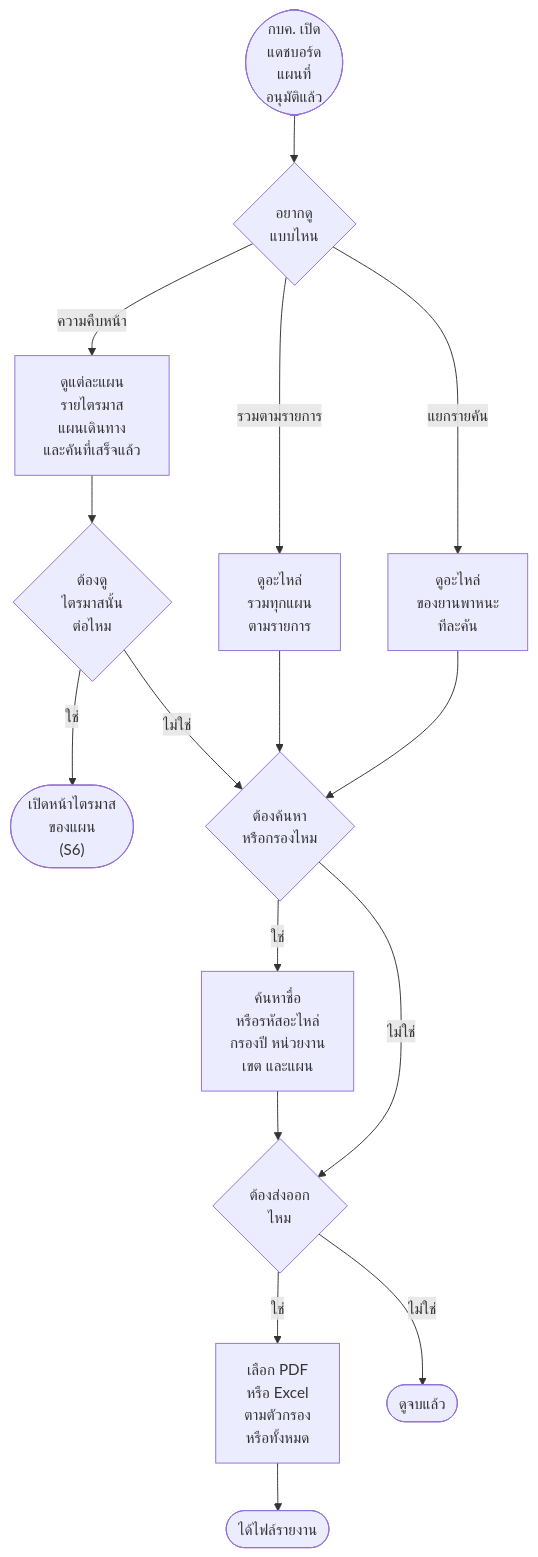
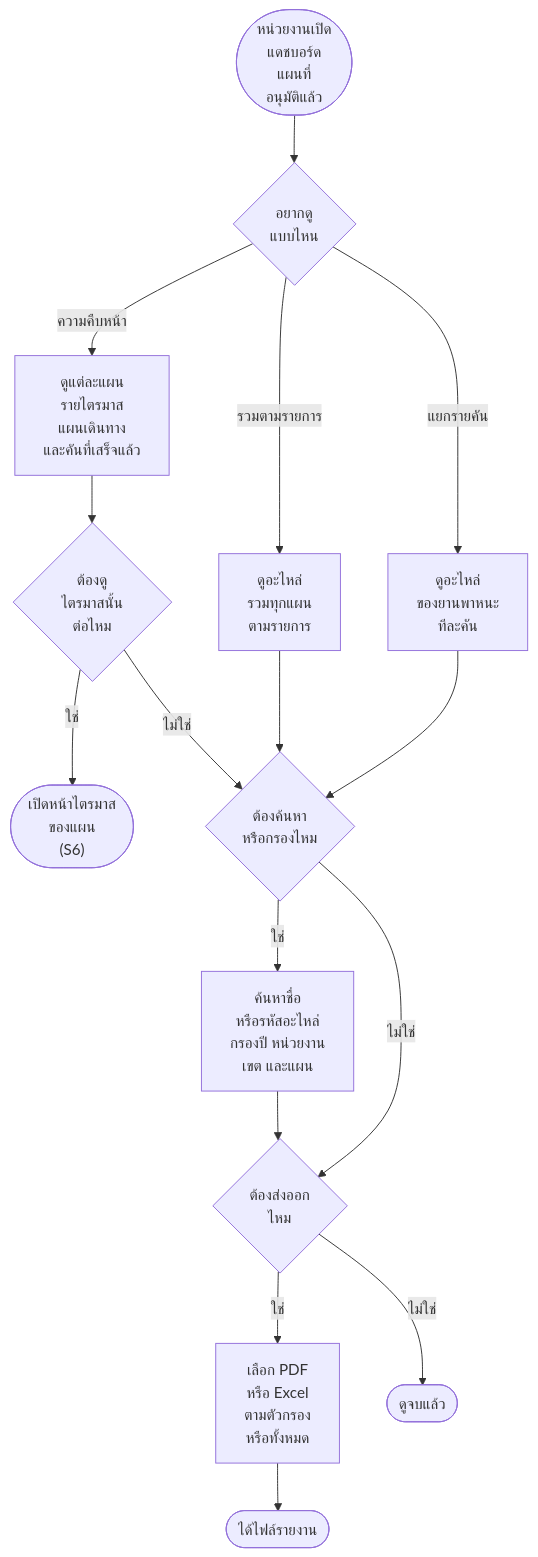
The sixth of 20 diagrams in Diagram/01-บำรุงรักษาตามวาระ/27-บำรุงรักษา-flowchart-กิจกรรม.md (anugmail/Maintenance-Request-Form), drawn with Mermaid before and after one commit. The commit also changed other lines of this file and 7 other files, not shown here.

````diff
--- a/Diagram/01-บำรุงรักษาตามวาระ/27-บำรุงรักษา-flowchart-กิจกรรม.md
+++ b/Diagram/01-บำรุงรักษาตามวาระ/27-บำรุงรักษา-flowchart-กิจกรรม.md
@@ -123,18 +123,18 @@
 ```mermaid
 flowchart TD
-    S(["กบค. เปิด<br/>แดชบอร์ด<br/>แผนที่<br/>อนุมัติแล้ว"]) --> Q1{"อยากดู<br/>แบบไหน"}
+    S(["หน่วยงานเปิด<br/>แดชบอร์ด<br/>แผนที่<br/>อนุมัติแล้ว"]) --> Q1{"อยากดู<br/>แบบไหน"}
     Q1 -->|รวมตามรายการ| A1["ดูอะไหล่<br/>รวมทุกแผน<br/>ตามรายการ"]
     Q1 -->|แยกรายคัน| A2["ดูอะไหล่<br/>ของยานพาหนะ<br/>ทีละคัน"]
     Q1 -->|ความคืบหน้า| A3["ดูแต่ละแผน<br/>รายไตรมาส<br/>แผนเดินทาง<br/>และคันที่เสร็จแล้ว"]
     A3 --> Q4{"ต้องดู<br/>ไตรมาสนั้น<br/>ต่อไหม"}
     Q4 -->|ใช่| E1(["เปิดหน้าไตรมาส<br/>ของแผน<br/>(S6)"])
     Q4 -->|ไม่ใช่| Q2
     A1 --> Q2
     A2 --> Q2{"ต้องค้นหา<br/>หรือกรองไหม"}
     Q2 -->|ใช่| A4["ค้นหาชื่อ<br/>หรือรหัสอะไหล่<br/>กรองปี หน่วยงาน<br/>เขต และแผน"]
     A4 --> Q3
     Q2 -->|ไม่ใช่| Q3{"ต้องส่งออก<br/>ไหม"}
     Q3 -->|ใช่| A5["เลือก PDF<br/>หรือ Excel<br/>ตามตัวกรอง<br/>หรือทั้งหมด"]
     A5 --> E2(["ได้ไฟล์รายงาน"])
     Q3 -->|ไม่ใช่| E3(["ดูจบแล้ว"])
 ```
````
